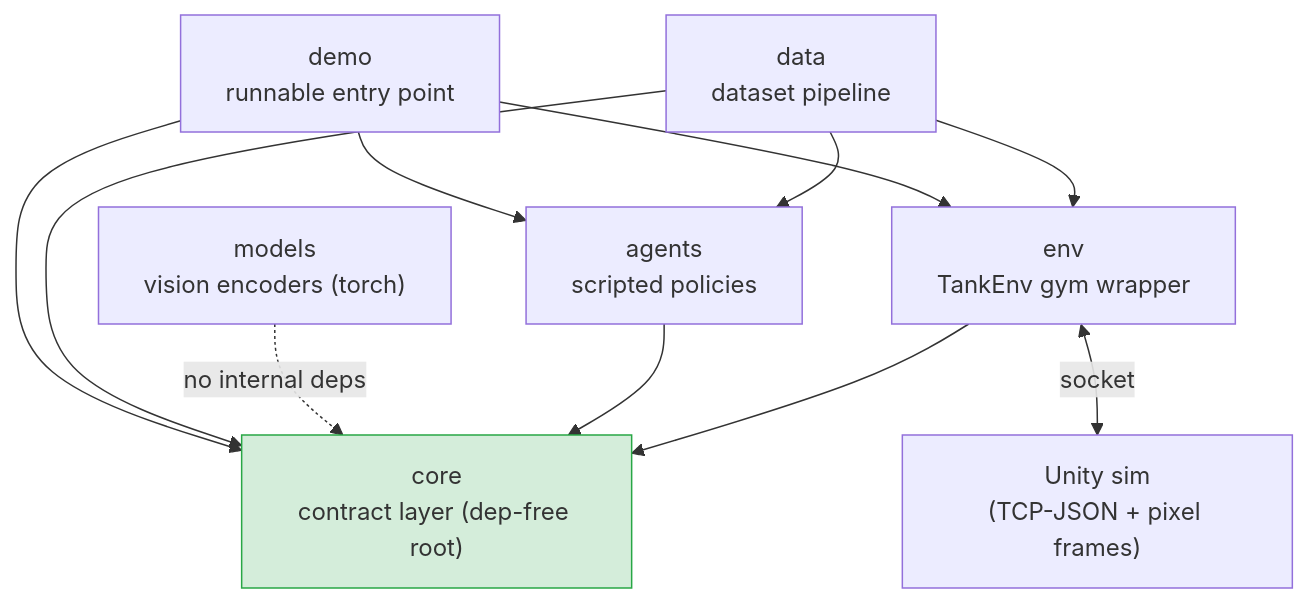
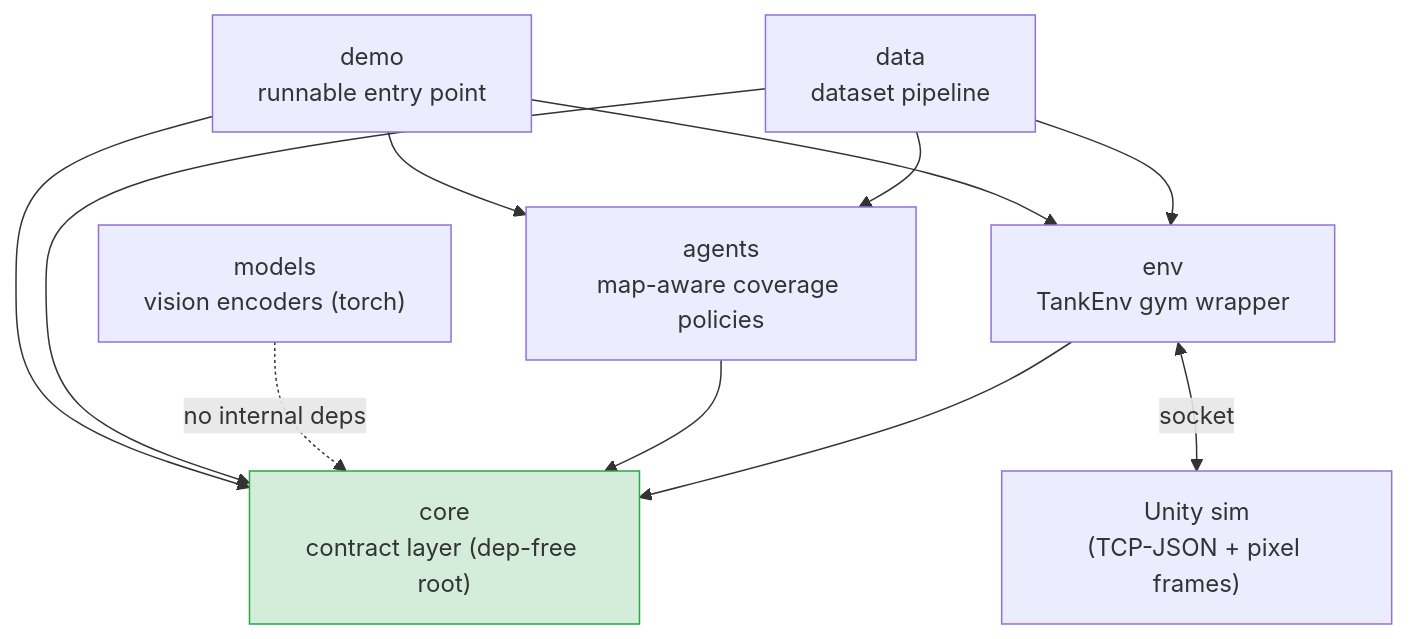
The diagram in docs/README.md (urciuolim/TankTwinStickShooter), drawn with Mermaid before and after one commit. The commit also changed other lines of this file and 7 other files, not shown here.

First line of the commit message:
docs: document the map-aware policy family + the set_map edge

````diff
--- a/docs/README.md
+++ b/docs/README.md
@@ -22,24 +22,24 @@
 ```mermaid
 graph TD
     core["core<br/>contract layer (dep-free root)"]
     models["models<br/>vision encoders (torch)"]
     env["env<br/>TankEnv gym wrapper"]
-    agents["agents<br/>scripted policies"]
+    agents["agents<br/>map-aware coverage policies"]
     data["data<br/>dataset pipeline"]
     demo["demo<br/>runnable entry point"]
     unity["Unity sim<br/>(TCP-JSON + pixel frames)"]
 
     env --> core
     agents --> core
     models -.->|no internal deps| core
     data --> core
     data --> env
     data --> agents
     demo --> core
     demo --> env
     demo --> agents
     env <-->|socket| unity
 
     classDef root fill:#d4edda,stroke:#28a745;
     class core root;
 ```
````
